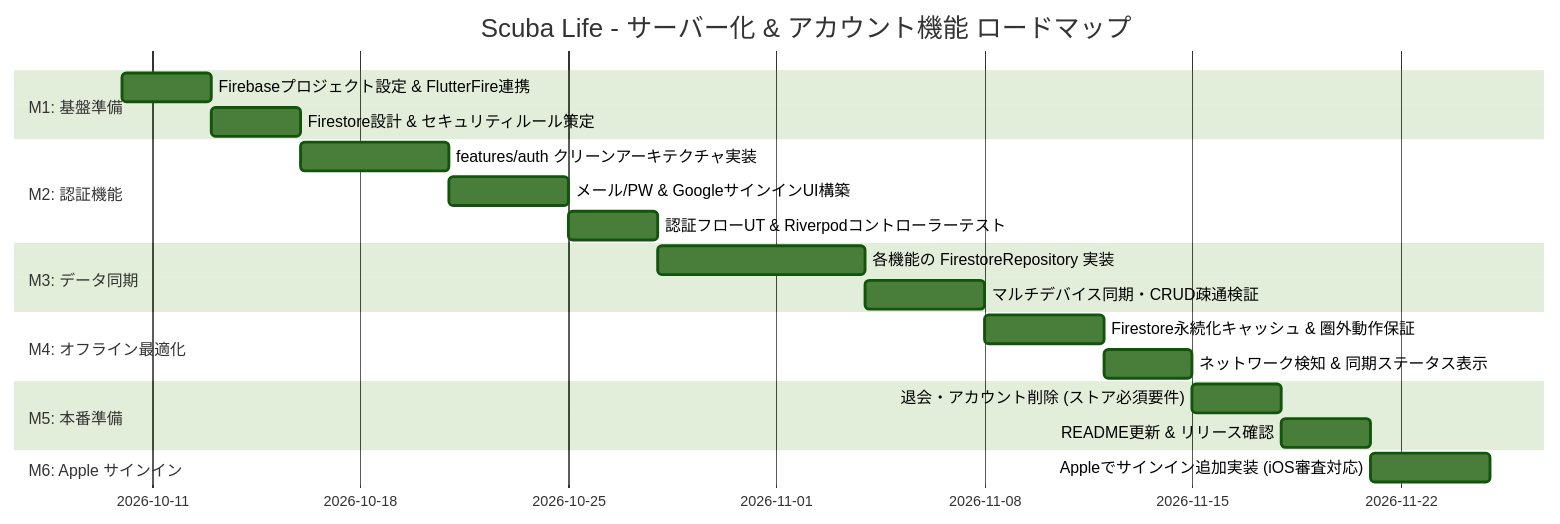
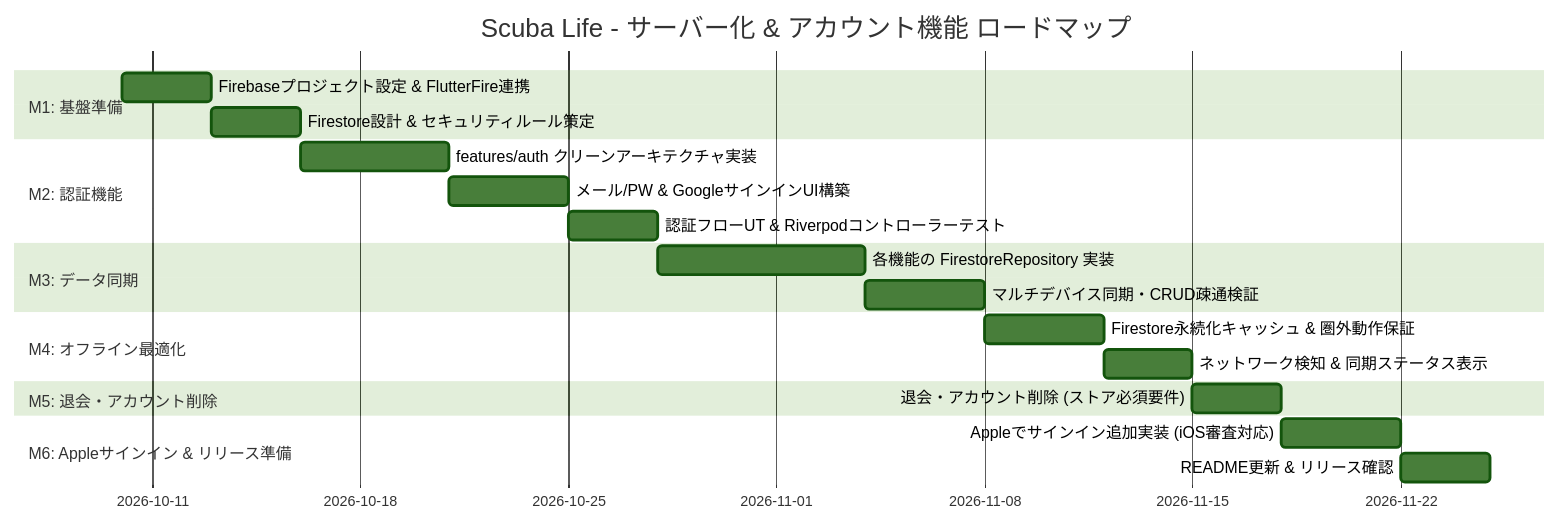
One commit to LiFE-124C41/scuba-life changed the third of 4 diagrams in docs/plans/account_and_backend_plan.md. Above: the diagram before and after it, drawn with Mermaid (forest theme). The commit also changed other lines of this file and 14 other files, not shown here.

````diff
--- a/docs/plans/account_and_backend_plan.md
+++ b/docs/plans/account_and_backend_plan.md
@@ -211,23 +211,23 @@
 ```mermaid
 gantt
     title Scuba Life - サーバー化 & アカウント機能 ロードマップ
     dateFormat  YYYY-MM-DD
     section M1: 基盤準備
     Firebaseプロジェクト設定 & FlutterFire連携 :m1_1, 2026-10-10, 3d
     Firestore設計 & セキュリティルール策定      :m1_2, after m1_1, 3d
     section M2: 認証機能
     features/auth クリーンアーキテクチャ実装    :m2_1, after m1_2, 5d
     メール/PW & GoogleサインインUI構築         :m2_2, after m2_1, 4d
     認証フローUT & Riverpodコントローラーテスト  :m2_3, after m2_2, 3d
     section M3: データ同期
     各機能の FirestoreRepository 実装         :m3_1, after m2_3, 7d
     マルチデバイス同期・CRUD疎通検証           :m3_2, after m3_1, 4d
     section M4: オフライン最適化
     Firestore永続化キャッシュ & 圏外動作保証    :m4_1, after m3_2, 4d
     ネットワーク検知 & 同期ステータス表示      :m4_2, after m4_1, 3d
-    section M5: 本番準備
+    section M5: 退会・アカウント削除
     退会・アカウント削除 (ストア必須要件)       :m5_1, after m4_2, 3d
-    README更新 & リリース確認                 :m5_2, after m5_1, 3d
-    section M6: Apple サインイン
-    Appleでサインイン追加実装 (iOS審査対応)    :m6_1, after m5_2, 4d
+    section M6: Appleサインイン & リリース準備
+    Appleでサインイン追加実装 (iOS審査対応)    :m6_1, after m5_1, 4d
+    README更新 & リリース確認                 :m6_2, after m6_1, 3d
 ```
````
